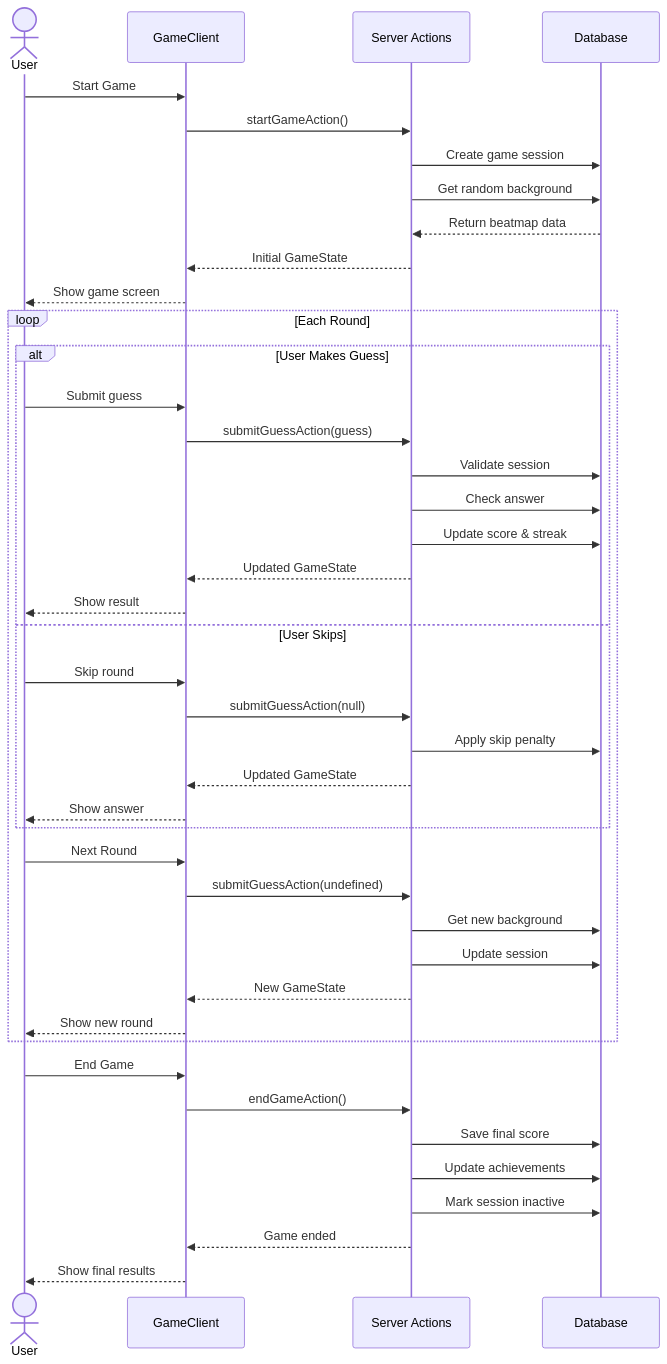
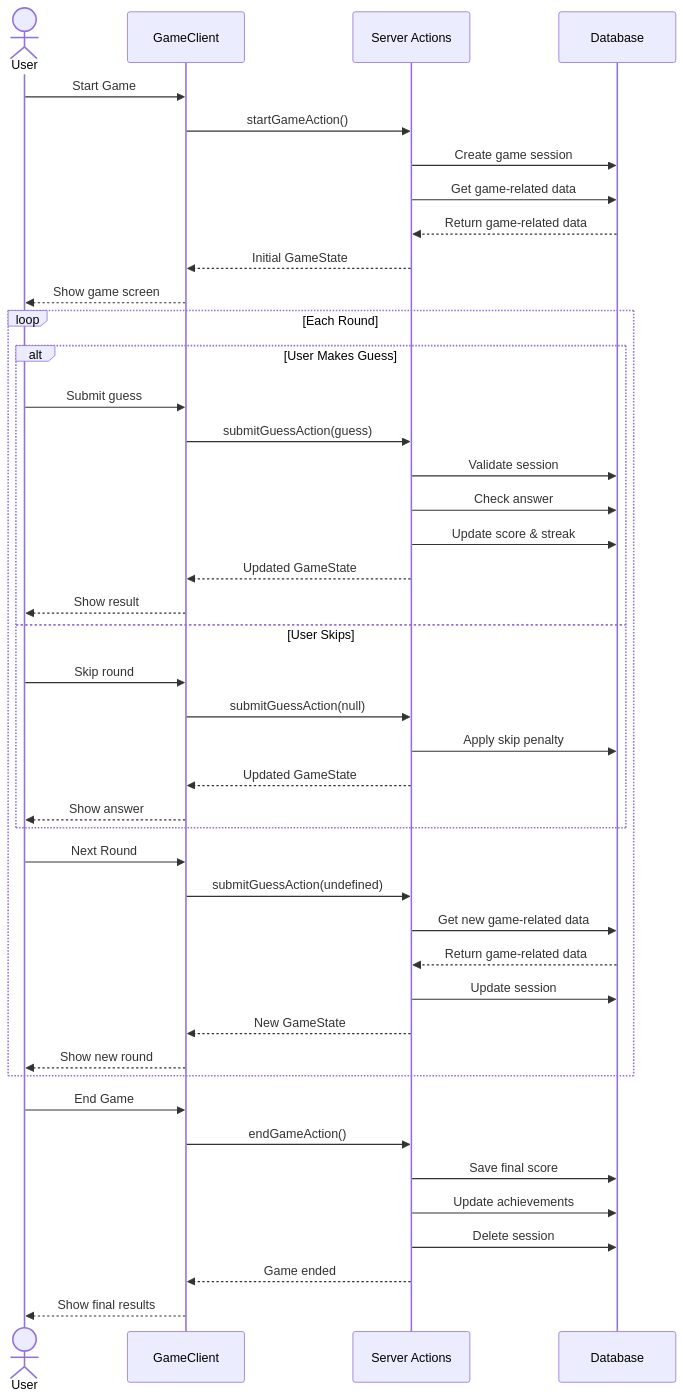
The diagram in docs/game-flow.md (yorunoken/osu-guessr), drawn with Mermaid before and after one commit.

````diff
--- a/docs/game-flow.md
+++ b/docs/game-flow.md
@@ -3,48 +3,49 @@
 ```mermaid
 sequenceDiagram
     actor User
     participant Client as GameClient
     participant Server as Server Actions
     participant DB as Database
 
     User->>Client: Start Game
     Client->>Server: startGameAction()
     Server->>DB: Create game session
-    Server->>DB: Get random background
-    DB-->>Server: Return beatmap data
+    Server->>DB: Get game-related data
+    DB-->>Server: Return game-related data
     Server-->>Client: Initial GameState
     Client-->>User: Show game screen
 
     loop Each Round
         alt User Makes Guess
             User->>Client: Submit guess
             Client->>Server: submitGuessAction(guess)
             Server->>DB: Validate session
             Server->>DB: Check answer
             Server->>DB: Update score & streak
             Server-->>Client: Updated GameState
             Client-->>User: Show result
         else User Skips
             User->>Client: Skip round
             Client->>Server: submitGuessAction(null)
             Server->>DB: Apply skip penalty
             Server-->>Client: Updated GameState
             Client-->>User: Show answer
         end
 
         User->>Client: Next Round
         Client->>Server: submitGuessAction(undefined)
-        Server->>DB: Get new background
+        Server->>DB: Get new game-related data
+        DB-->>Server: Return game-related data
         Server->>DB: Update session
         Server-->>Client: New GameState
         Client-->>User: Show new round
     end
 
     User->>Client: End Game
     Client->>Server: endGameAction()
     Server->>DB: Save final score
     Server->>DB: Update achievements
-    Server->>DB: Mark session inactive
+    Server->>DB: Delete session
     Server-->>Client: Game ended
     Client-->>User: Show final results
 ```
````
